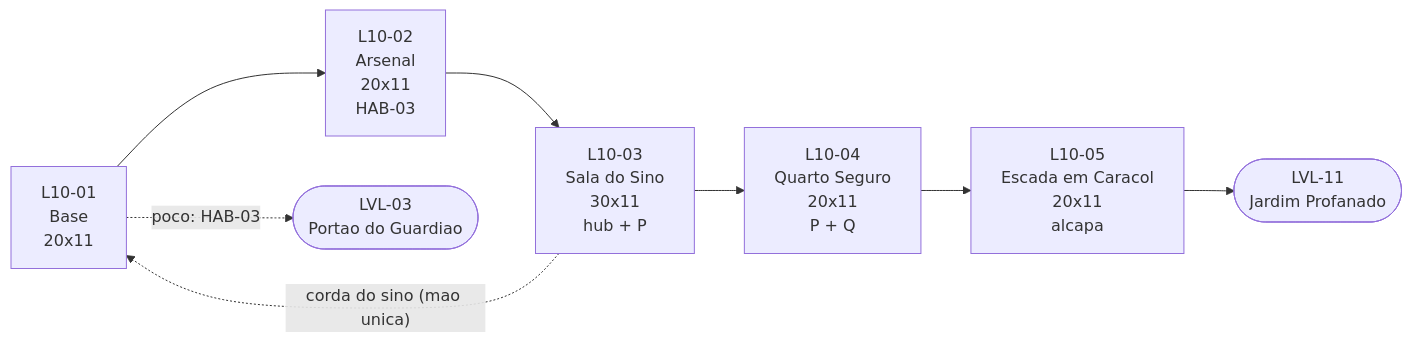
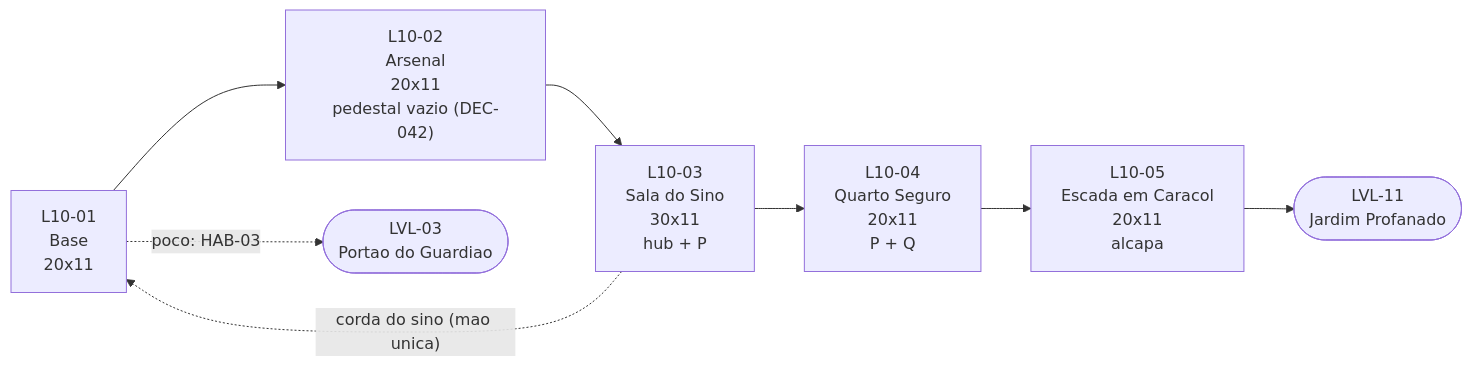
Before and after one commit to Brayan-dev2/React-Phaser: the diagram in 03-Jogos/30-homem-macho/docs/niveis/LVL-10.md, drawn with Mermaid. The commit also changed other lines of this file and 481 other files, not shown here.

````diff
--- a/03-Jogos/30-homem-macho/docs/niveis/LVL-10.md
+++ b/03-Jogos/30-homem-macho/docs/niveis/LVL-10.md
@@ -45,10 +45,10 @@
 ```mermaid
 flowchart LR
-  A["L10-01<br/>Base<br/>20x11"] --> B["L10-02<br/>Arsenal<br/>20x11<br/>HAB-03"]
+  A["L10-01<br/>Base<br/>20x11"] --> B["L10-02<br/>Arsenal<br/>20x11<br/>pedestal vazio (DEC-042)"]
   B --> C["L10-03<br/>Sala do Sino<br/>30x11<br/>hub + P"]
   C --> D["L10-04<br/>Quarto Seguro<br/>20x11<br/>P + Q"]
   D --> E["L10-05<br/>Escada em Caracol<br/>20x11<br/>alcapa"]
   E --> X(["LVL-11<br/>Jardim Profanado"])
   C -.->|"corda do sino (mao unica)"| A
   A -.->|"poco: HAB-03"| Z(["LVL-03<br/>Portao do Guardiao"])
 ```
````
